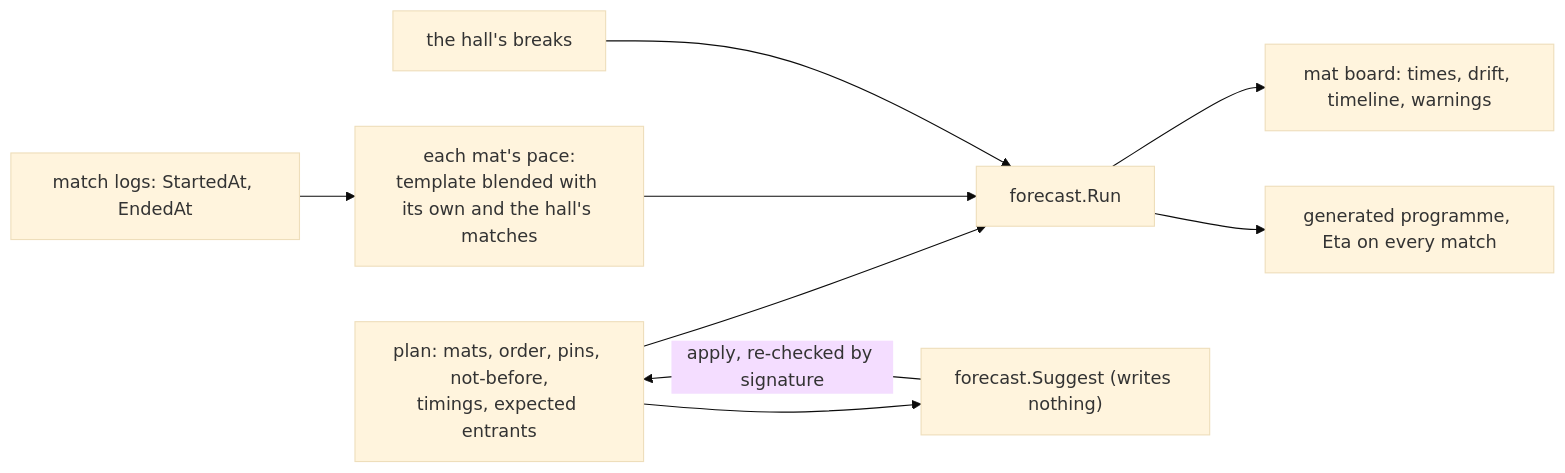
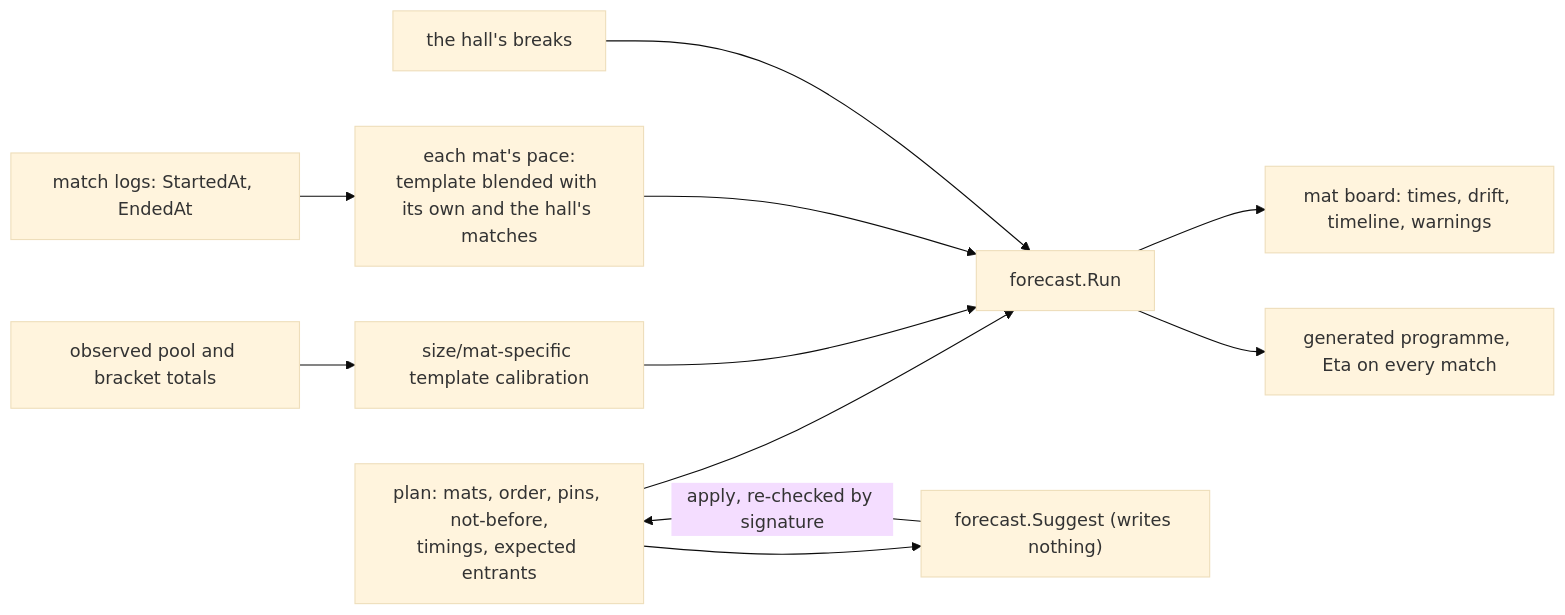
Before and after one commit to fylke/porta-di-ferro: the fifth of 14 diagrams in docs/architecture.md, drawn with Mermaid (base theme). The commit also changed other lines of this file and 6 other files, not shown here.

````diff
--- a/docs/architecture.md
+++ b/docs/architecture.md
@@ -143,11 +143,13 @@
 ```mermaid
 flowchart LR
     Logs["match logs: StartedAt, EndedAt"] --> Pace["each mat's pace:<br/>template blended with its own and the hall's matches"]
     Plan["plan: mats, order, pins, not-before,<br/>timings, expected entrants"] --> Run["forecast.Run"]
+    Typical["observed pool and bracket totals"] --> Calibration["size/mat-specific template calibration"]
+    Calibration --> Run
     Pace --> Run
     Breaks["the hall's breaks"] --> Run
     Run --> Board["mat board: times, drift, timeline, warnings"]
     Run --> Hall["generated programme, Eta on every match"]
     Plan --> Suggest["forecast.Suggest (writes nothing)"]
     Suggest -->|"apply, re-checked by signature"| Plan
 ```
````
